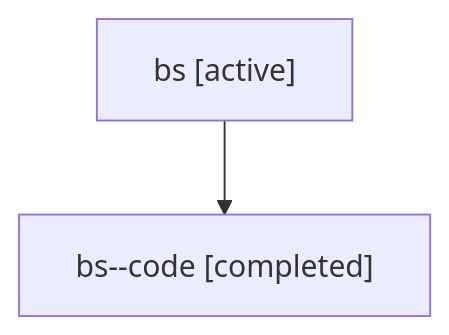
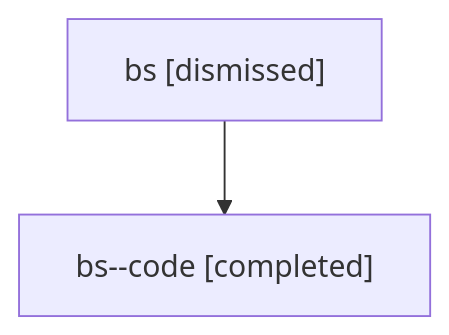
Before and after one commit to sase-org/sase--agents: the diagram in sessions/bbugyi200.athena.bs.md, drawn with Mermaid. The commit also changed other lines of this file and 6 other files, not shown here.

````diff
--- a/sessions/bbugyi200.athena.bs.md
+++ b/sessions/bbugyi200.athena.bs.md
@@ -9,6 +9,6 @@
 ```mermaid
 flowchart TD
-  n0["bs [active]"]
+  n0["bs [dismissed]"]
   n1["bs--code [completed]"]
   n0 --> n1
 ```
````
